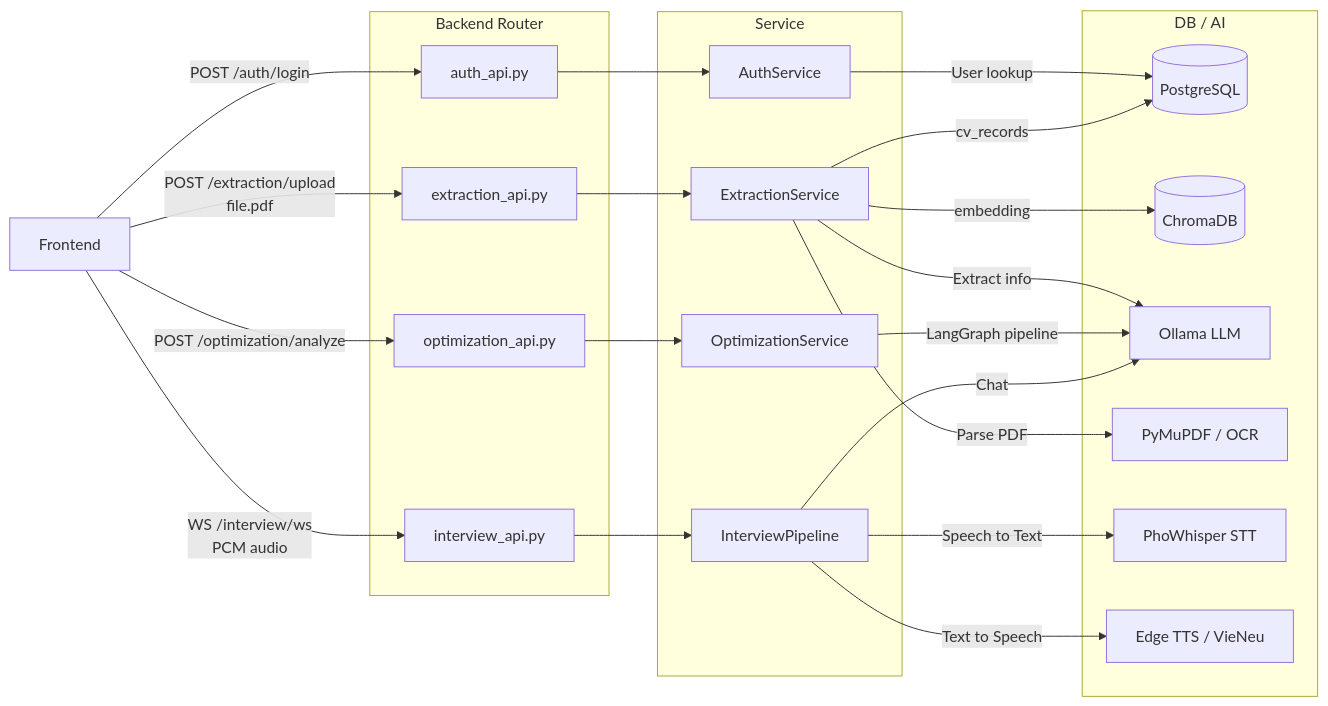
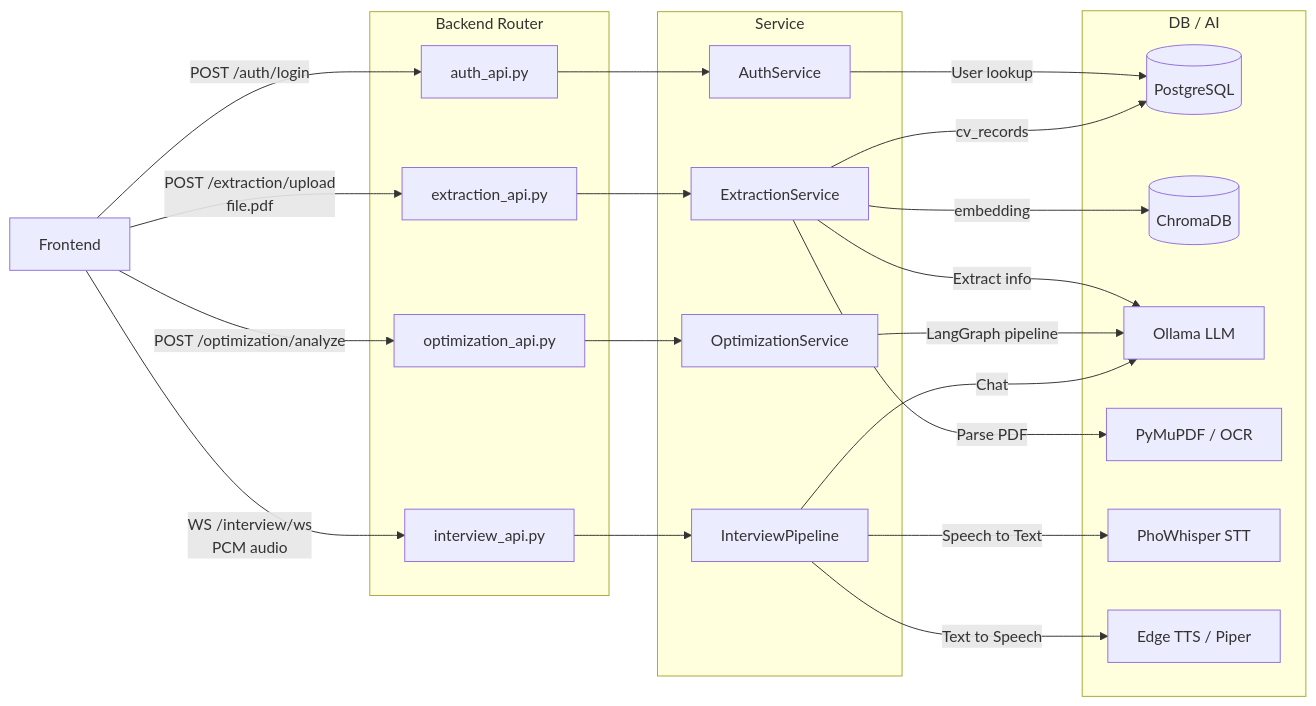
Before and after one commit to zeepaulus/LancerAI: the diagram in docs/SYSTEM_OVERVIEW.md, drawn with Mermaid. The commit also changed other lines of this file and 9 other files, not shown here.

````diff
--- a/docs/SYSTEM_OVERVIEW.md
+++ b/docs/SYSTEM_OVERVIEW.md
@@ -362,50 +362,50 @@
 ```mermaid
 flowchart LR
     Frontend[Frontend]
 
     subgraph Router [Backend Router]
         R_Auth[auth_api.py]
         R_Ext[extraction_api.py]
         R_Opt[optimization_api.py]
         R_Int[interview_api.py]
     end
 
     subgraph Service [Service]
         S_Auth[AuthService]
         S_Ext[ExtractionService]
         S_Opt[OptimizationService]
         S_Int[InterviewPipeline]
     end
 
     subgraph DB_AI [DB / AI]
         PG[(PostgreSQL)]
         Chroma[(ChromaDB)]
         LLM[Ollama LLM]
         OCR[PyMuPDF / OCR]
         STT[PhoWhisper STT]
-        TTS[Edge TTS / VieNeu]
+        TTS[Edge TTS / Piper]
     end
 
     Frontend -->|POST /auth/login| R_Auth
     Frontend -->|POST /extraction/upload\nfile.pdf| R_Ext
     Frontend -->|POST /optimization/analyze| R_Opt
     Frontend -->|WS /interview/ws\nPCM audio| R_Int
 
     R_Auth --> S_Auth
     R_Ext --> S_Ext
     R_Opt --> S_Opt
     R_Int --> S_Int
 
     S_Auth -->|User lookup| PG
     
     S_Ext -->|Parse PDF| OCR
     S_Ext -->|Extract info| LLM
     S_Ext -->|cv_records| PG
     S_Ext -->|embedding| Chroma
 
     S_Opt -->|LangGraph pipeline| LLM
 
     S_Int -->|Speech to Text| STT
     S_Int -->|Chat| LLM
     S_Int -->|Text to Speech| TTS
 ```
````
